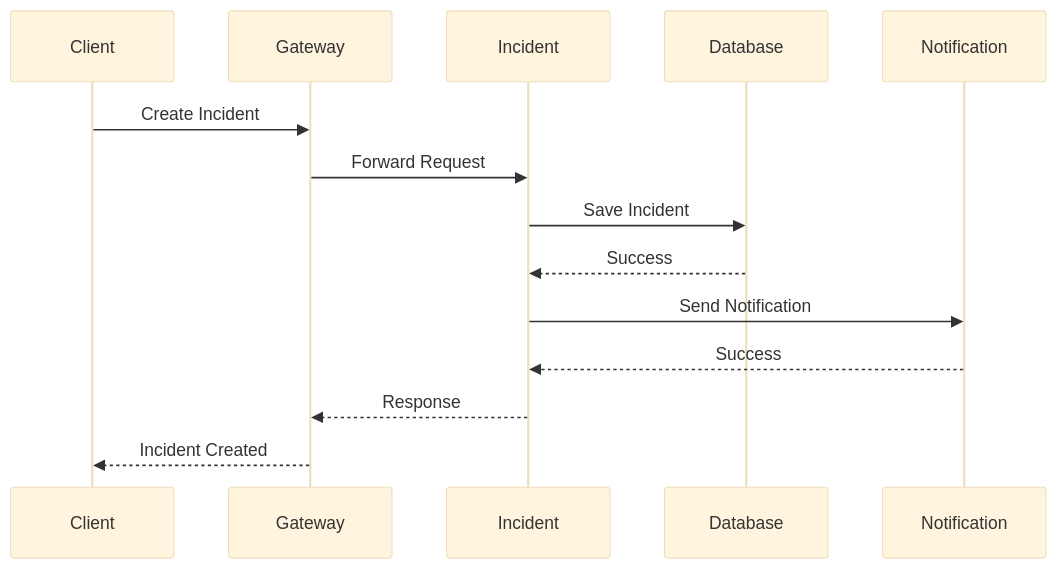
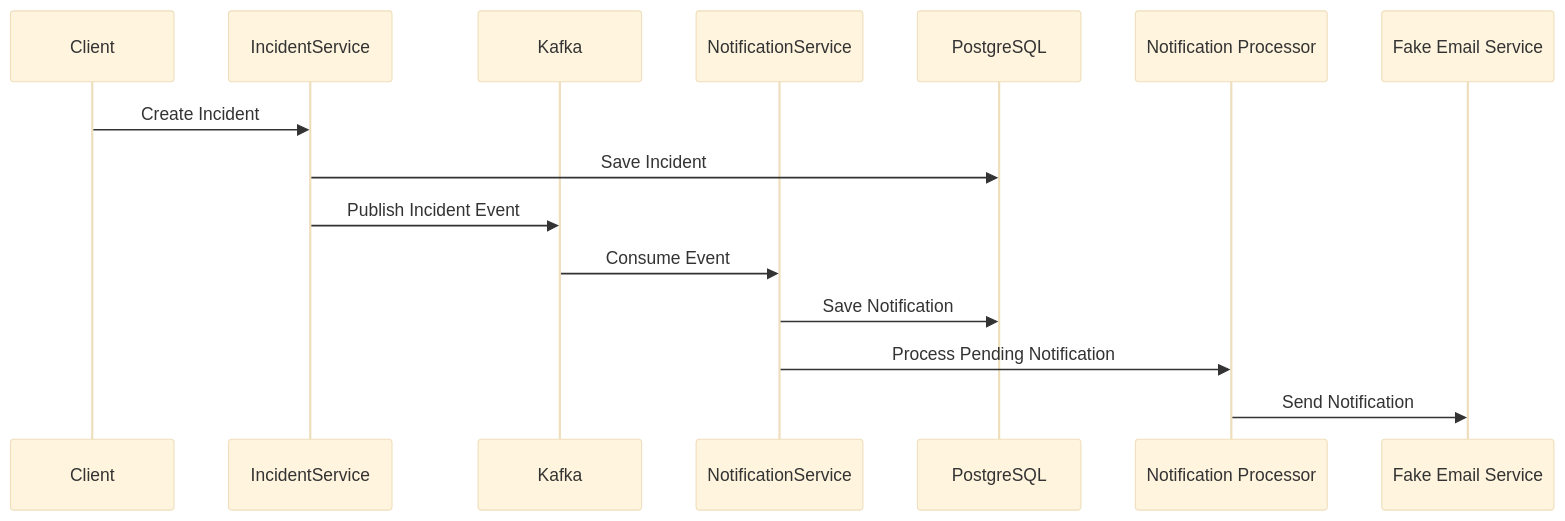
One commit to iRahmanG/Incident-Management-Platform changed the second of 2 diagrams in README.md. Above: the diagram before and after it, drawn with Mermaid (base theme). The commit also changed other lines of this file, not shown here.

````diff
--- a/README.md
+++ b/README.md
@@ -64,18 +94,22 @@
 ```mermaid
 sequenceDiagram
 
-    participant Client
-    participant Gateway
-    participant Incident
-    participant Database
-    participant Notification
+participant Client
+participant IncidentService
+participant Kafka
+participant NotificationService
 
-    Client->>Gateway: Create Incident
-    Gateway->>Incident: Forward Request
-    Incident->>Database: Save Incident
-    Database-->>Incident: Success
-    Incident->>Notification: Send Notification
-    Notification-->>Incident: Success
-    Incident-->>Gateway: Response
-    Gateway-->>Client: Incident Created
+Client->>IncidentService: Create Incident
+
+IncidentService->>PostgreSQL: Save Incident
+
+IncidentService->>Kafka: Publish Incident Event
+
+Kafka->>NotificationService: Consume Event
+
+NotificationService->>PostgreSQL: Save Notification
+
+NotificationService->>Notification Processor: Process Pending Notification
+
+Notification Processor->>Fake Email Service: Send Notification
 ```
````
